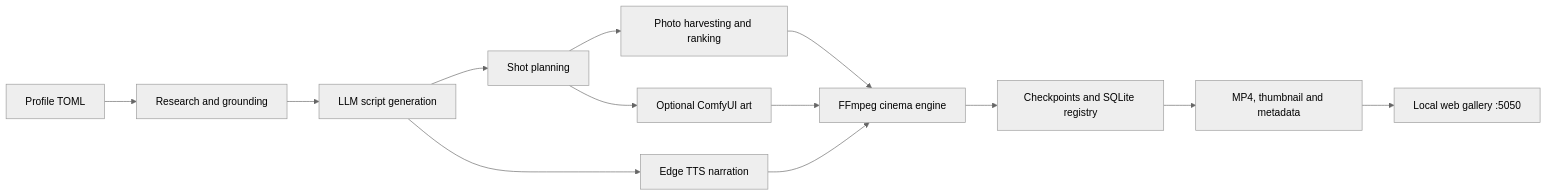
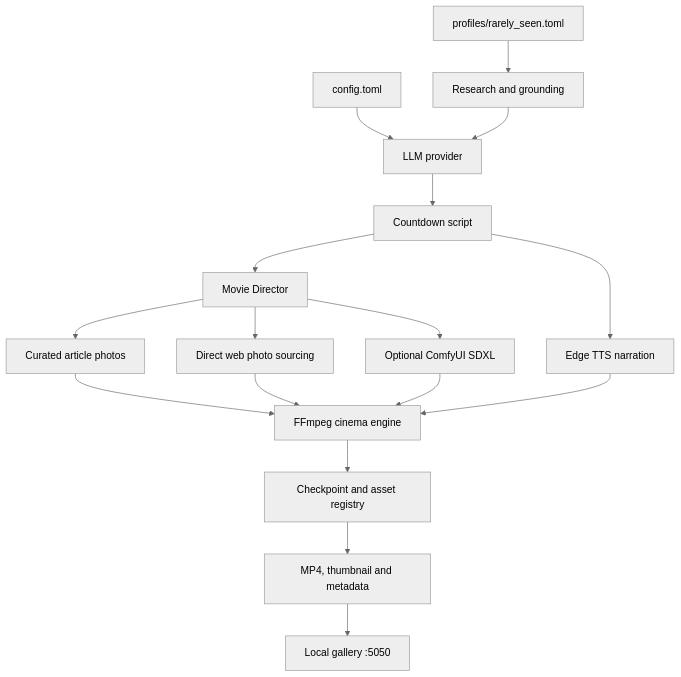
One commit to Joshualeexy/rare-studio changed the diagram in README.md. Above: the diagram before and after it, drawn with Mermaid (neutral theme). The commit also changed other lines of this file, not shown here.

````diff
--- a/README.md
+++ b/README.md
@@ -71,15 +70,19 @@
 ```mermaid
-flowchart LR
-        Profile[Profile TOML] --> Research[Research and grounding]
-        Research --> LLM[LLM script generation]
-        LLM --> Director[Shot planning]
-        Director --> Photos[Photo harvesting and ranking]
-        Director --> Art[Optional ComfyUI art]
-        LLM --> Voice[Edge TTS narration]
-        Photos --> Render[FFmpeg cinema engine]
-        Art --> Render
-        Voice --> Render
-        Render --> State[Checkpoints and SQLite registry]
-        State --> Output[MP4, thumbnail and metadata]
-        Output --> Gallery[Local web gallery :5050]
+flowchart TD
+    Profile[profiles/rarely_seen.toml] --> Research[Research and grounding]
+    Config[config.toml] --> LLM[LLM provider]
+    Research --> LLM
+    LLM --> Script[Countdown script]
+    Script --> Voice[Edge TTS narration]
+    Script --> Director[Movie Director]
+    Director --> Candidate[Curated article photos]
+    Director --> Web[Direct web photo sourcing]
+    Director --> Comfy[Optional ComfyUI SDXL]
+    Candidate --> Render[FFmpeg cinema engine]
+    Web --> Render
+    Comfy --> Render
+    Voice --> Render
+    Render --> State[Checkpoint and asset registry]
+    State --> Archive[MP4, thumbnail and metadata]
+    Archive --> Gallery[Local gallery :5050]
 ```
````
